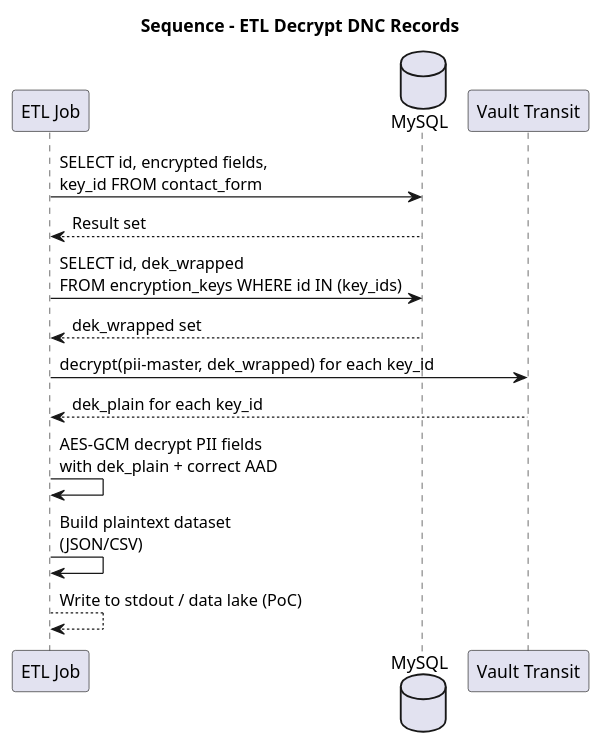
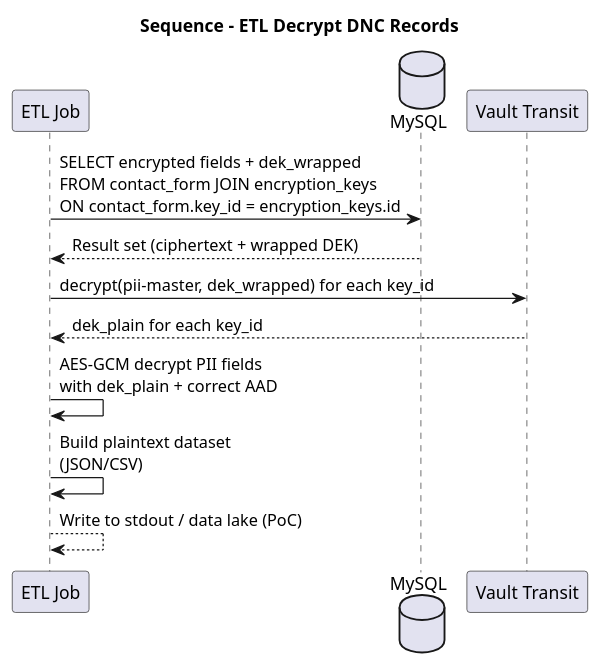
The diagram in diagrams/SequenceDiagrametl.puml (sonimanish0604/encrypt-poc), drawn with PlantUML before and after one commit. The commit also changed 1 other file, not shown here.

Commit message:
Sync diagrams with ETL join flow and new endpoints

```diff
--- a/diagrams/SequenceDiagrametl.puml
+++ b/diagrams/SequenceDiagrametl.puml
@@ -1,22 +1,19 @@
 @startuml
 title Sequence - ETL Decrypt DNC Records
 
 participant "ETL Job" as ETL
 database "MySQL" as DB
 participant "Vault Transit" as Vault
 
-ETL -> DB: SELECT id, encrypted fields,\nkey_id FROM contact_form
-DB --> ETL: Result set
-
-ETL -> DB: SELECT id, dek_wrapped\nFROM encryption_keys WHERE id IN (key_ids)
-DB --> ETL: dek_wrapped set
+ETL -> DB: SELECT encrypted fields + dek_wrapped\nFROM contact_form JOIN encryption_keys\nON contact_form.key_id = encryption_keys.id
+DB --> ETL: Result set (ciphertext + wrapped DEK)
 
 ETL -> Vault: decrypt(pii-master, dek_wrapped) for each key_id
 Vault --> ETL: dek_plain for each key_id
 
 ETL -> ETL: AES-GCM decrypt PII fields\nwith dek_plain + correct AAD
 
 ETL -> ETL: Build plaintext dataset\n(JSON/CSV)
 ETL --> ETL: Write to stdout / data lake (PoC)
 
 @enduml
```
